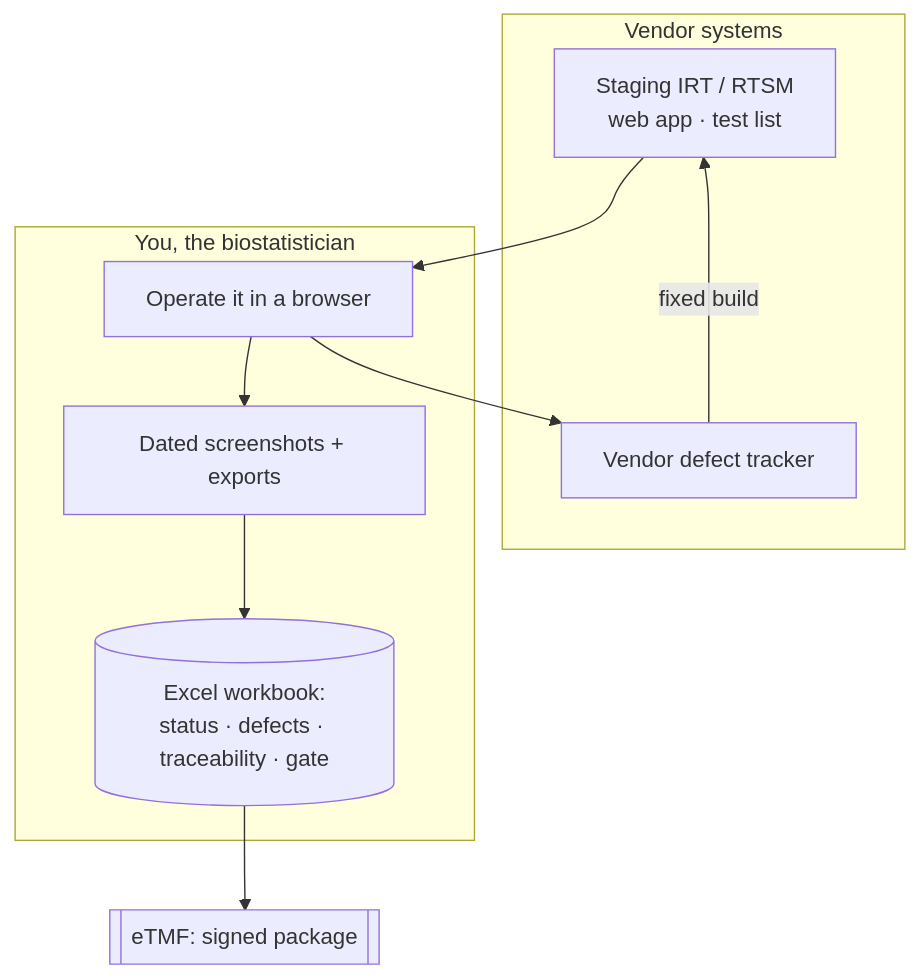
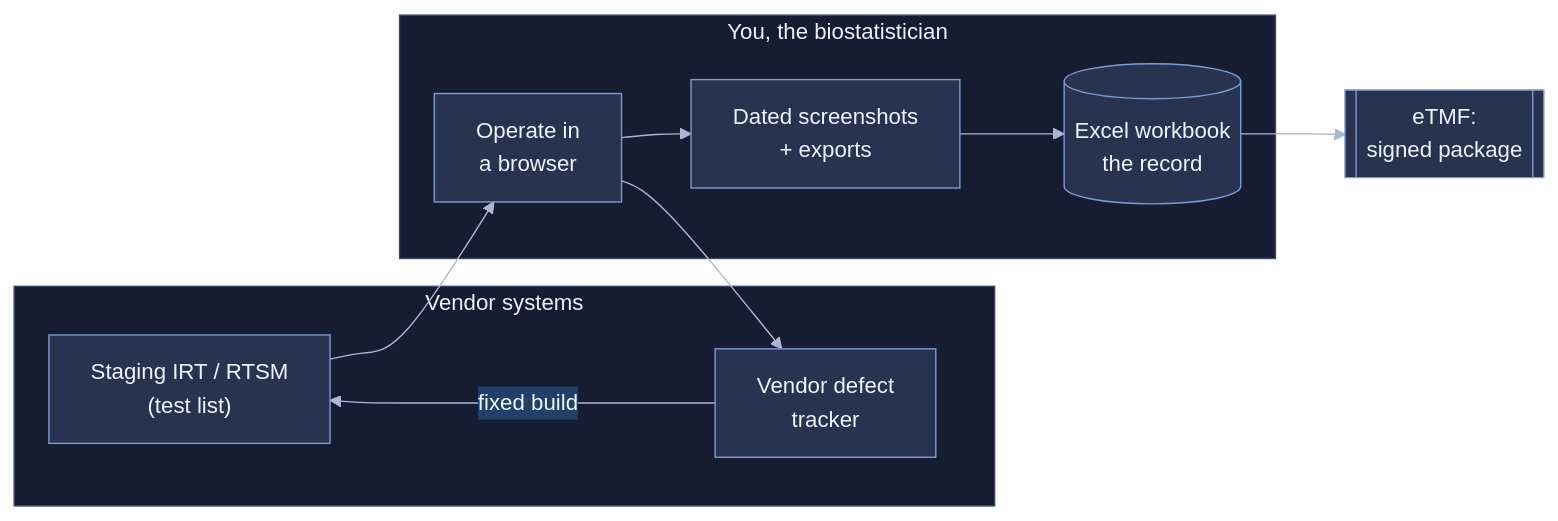
Before and after one commit to patrickiben/biometrics-ai-portfolio: the second of 2 diagrams in uat_irt/quarto/uat-guide.qmd, drawn with Mermaid. The commit also changed other lines of this file and 45 other files, not shown here.

````diff
--- a/uat_irt/quarto/uat-guide.qmd
+++ b/uat_irt/quarto/uat-guide.qmd
@@ -60,17 +63,16 @@
 ```{mermaid}
-flowchart TB
-  subgraph vendor[Vendor systems]
-    IRT[Staging IRT / RTSM<br/>web app · test list]
-    VDEF[Vendor defect tracker]
+%%{init: {'theme':'base','themeVariables':{'primaryColor':'#28344f','primaryTextColor':'#eef2fb','primaryBorderColor':'#7d9bd6','lineColor':'#aab8d6','clusterBkg':'#161d33','clusterBorder':'#3a476a','tertiaryColor':'#20406a','tertiaryTextColor':'#eef2fb','secondaryColor':'#20406a','secondaryTextColor':'#eef2fb'}}}%%
+flowchart LR
+  subgraph vendor["Vendor systems"]
+    IRT["Staging IRT / RTSM<br/>(test list)"]
+    VDEF["Vendor defect<br/>tracker"]
   end
-  subgraph you[You, the biostatistician]
-    BR[Operate it in a browser]
-    EV[Dated screenshots + exports]
-    WB[(Excel workbook:<br/>status · defects · traceability · gate)]
+  subgraph you["You, the biostatistician"]
+    BR["Operate in<br/>a browser"]
+    EV["Dated screenshots<br/>+ exports"]
+    WB[("Excel workbook<br/>the record")]
   end
-  ETMF[[eTMF: signed package]]
-  IRT --> BR --> EV --> WB
-  BR --> VDEF
-  VDEF -->|fixed build| IRT
-  WB --> ETMF
+  ETMF[["eTMF:<br/>signed package"]]
+  IRT --> BR --> EV --> WB --> ETMF
+  BR --> VDEF -->|"fixed build"| IRT
 ```
````
